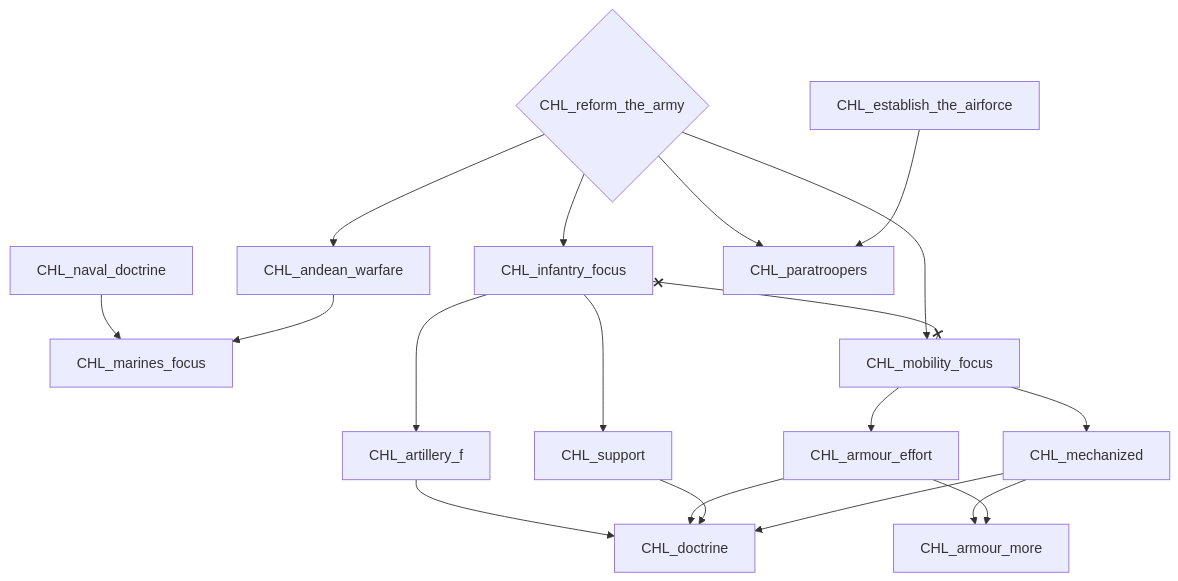
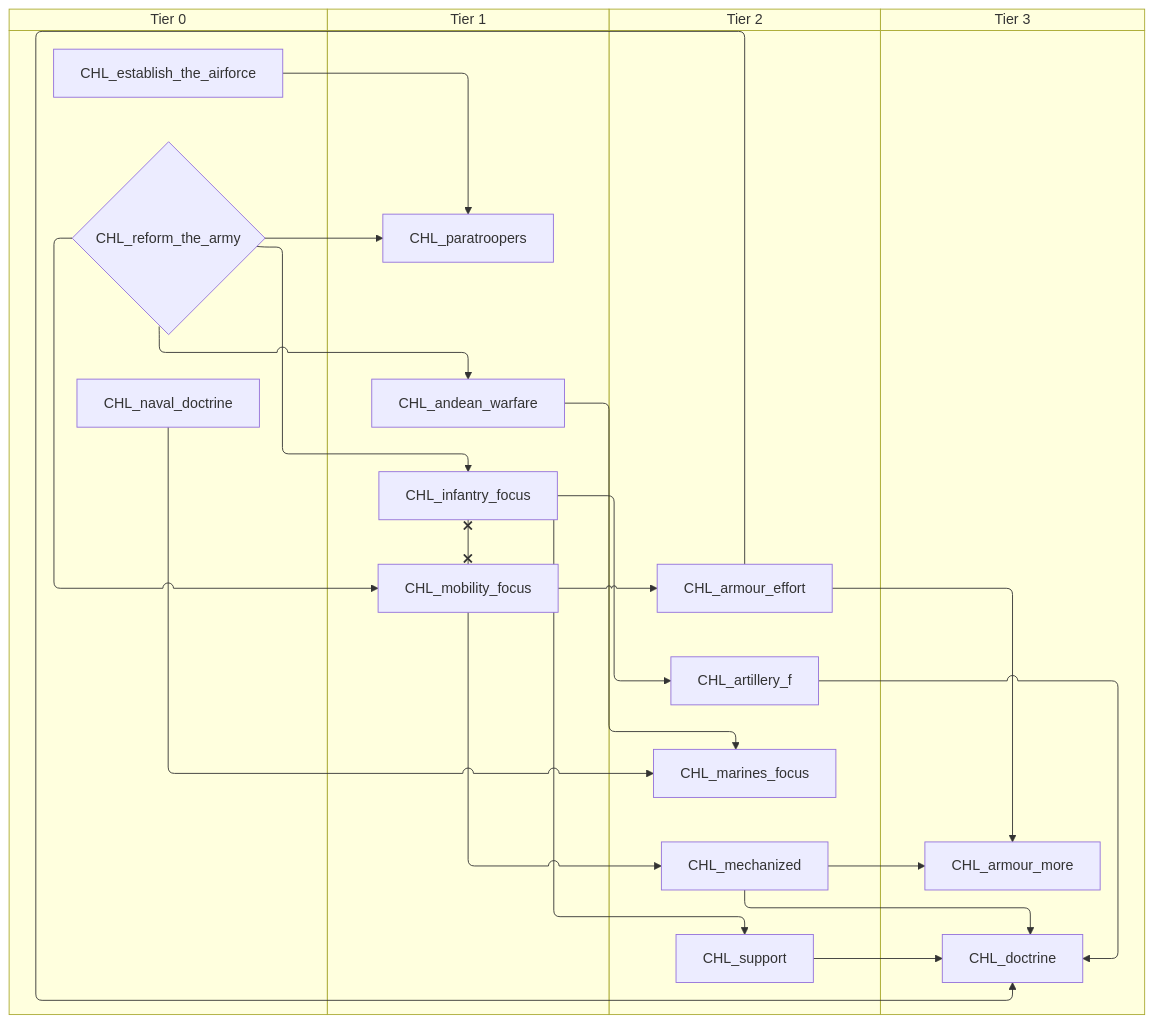
Before and after one commit to evgeny-sobol/hoi4-sandbox-mode-r56: the fourth of 7 diagrams in docs/gdd/National Focuses/r56/r56_chile.md, drawn with Mermaid. The commit also changed other lines of this file and 423 other files, not shown here.

First line of the commit message:
Re-export Rt56 focus trees as swimlane diagrams

````diff
--- a/docs/gdd/National Focuses/r56/r56_chile.md
+++ b/docs/gdd/National Focuses/r56/r56_chile.md
@@ -119,35 +161,43 @@
 ```mermaid
-flowchart TD
-    n44["CHL_andean_warfare"]
-    n45["CHL_armour_effort"]
-    n46["CHL_armour_more"]
-    n47["CHL_artillery_f"]
-    n48["CHL_doctrine"]
-    n18["CHL_establish_the_airforce"]
-    n49["CHL_infantry_focus"]
-    n50["CHL_marines_focus"]
-    n51["CHL_mechanized"]
-    n52["CHL_mobility_focus"]
-    n53["CHL_naval_doctrine"]
-    n23["CHL_paratroopers"]
-    n24{"CHL_reform_the_army"}
-    n54["CHL_support"]
-    n24 --> n44
-    n52 --> n45
-    n51 --> n46
-    n45 --> n46
-    n49 --> n47
+swimlane-beta TD
+    subgraph tier_0["Tier 0"]
+        n14["CHL_establish_the_airforce"]
+        n44["CHL_naval_doctrine"]
+        n15{"CHL_reform_the_army"}
+    end
+    subgraph tier_1["Tier 1"]
+        n45["CHL_andean_warfare"]
+        n46["CHL_infantry_focus"]
+        n47["CHL_mobility_focus"]
+        n19["CHL_paratroopers"]
+    end
+    subgraph tier_2["Tier 2"]
+        n48["CHL_armour_effort"]
+        n49["CHL_artillery_f"]
+        n50["CHL_marines_focus"]
+        n51["CHL_mechanized"]
+        n52["CHL_support"]
+    end
+    subgraph tier_3["Tier 3"]
+        n53["CHL_armour_more"]
+        n54["CHL_doctrine"]
+    end
+    n15 --> n45
     n47 --> n48
-    n45 --> n48
-    n54 --> n48
-    n51 --> n48
-    n24 --> n49
-    n53 --> n50
+    n51 --> n53
+    n48 --> n53
+    n46 --> n49
+    n49 --> n54
+    n48 --> n54
+    n52 --> n54
+    n51 --> n54
+    n15 --> n46
     n44 --> n50
-    n52 --> n51
-    n24 --> n52
-    n24 --> n23
-    n18 --> n23
-    n49 --> n54
-    n49 x--x n52
+    n45 --> n50
+    n47 --> n51
+    n15 --> n47
+    n15 --> n19
+    n14 --> n19
+    n46 --> n52
+    n46 x--x n47
 ```
````
